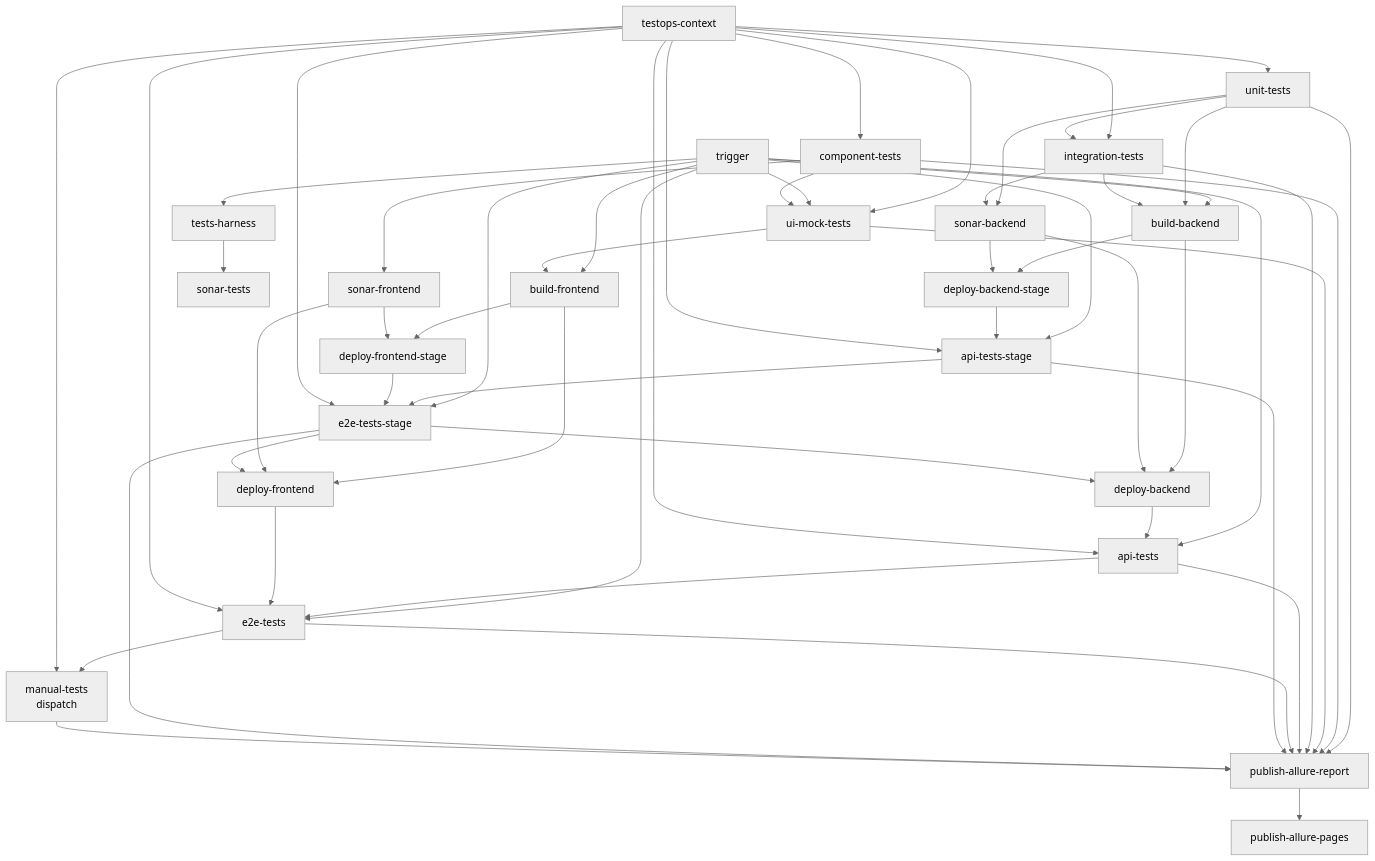
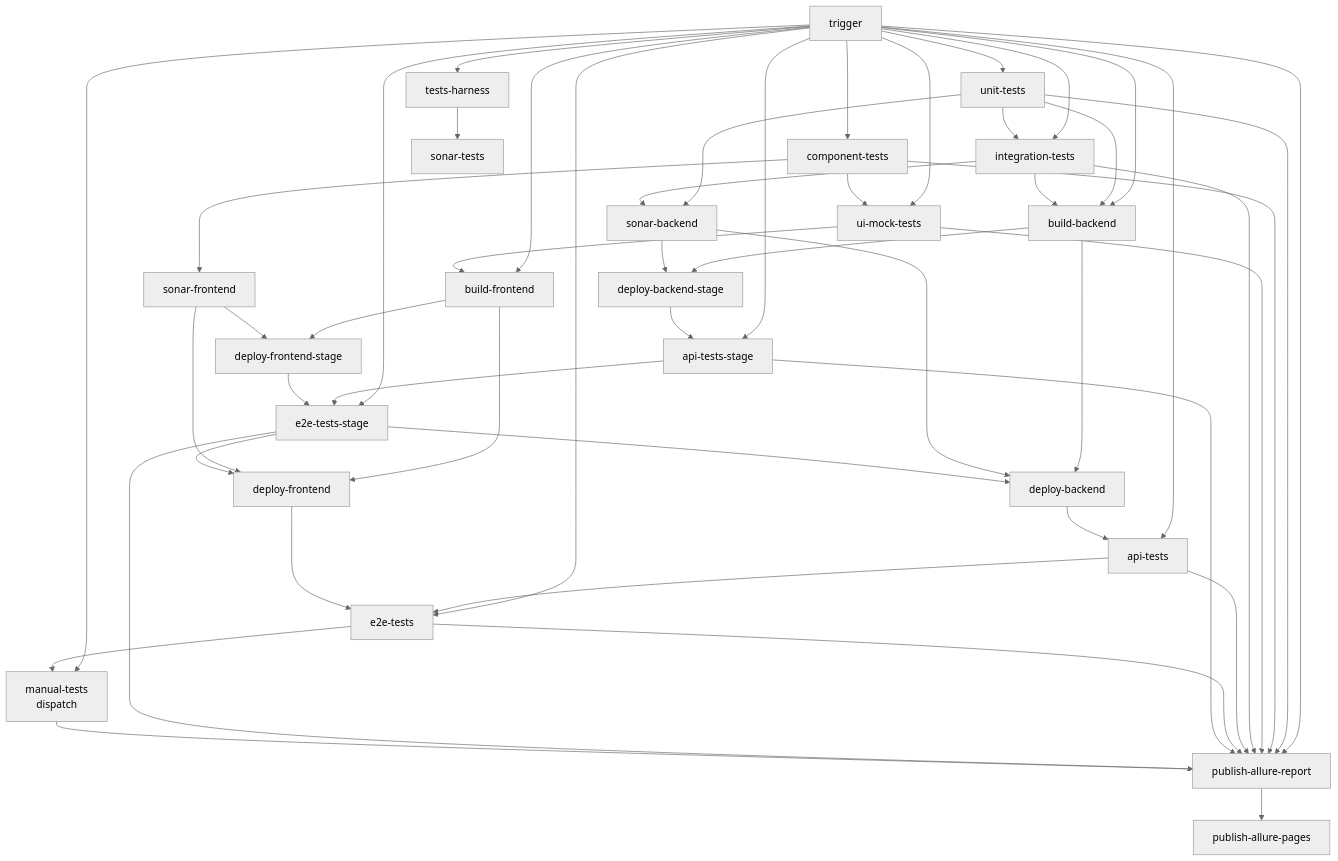
The diagram in README.md (autotests-ai/autotests-ai-multistack-app), drawn with Mermaid (neutral theme) before and after one commit. The commit also changed other lines of this file and 2 other files, not shown here.

Commit message:
Hide TestOps from the CI graph by folding it into trigger.
GitHub always draws every job; merging the shared job-run into trigger
lets unit-tests and component-tests hang off the same root as the lane flags.

````diff
--- a/README.md
+++ b/README.md
@@ -77,61 +77,55 @@
 ```mermaid
 flowchart TB
   TRG[trigger]
-  TOC[testops-context]
 
-  TOC --> UNIT[unit-tests]
-  TOC --> COMP[component-tests]
+  TRG --> UNIT[unit-tests]
+  TRG --> COMP[component-tests]
   TRG --> H[tests-harness]
-  TOC --> MOCK[ui-mock-tests]
-  TOC --> INT[integration-tests]
-
-  TRG --> MOCK
+  TRG --> MOCK[ui-mock-tests]
+  TRG --> INT[integration-tests]
   TRG --> BB
   TRG --> BF
   TRG --> API
   TRG --> E2E
   TRG --> APIS
   TRG --> E2ES
+  TRG --> MAN
+  TRG --> PUB
 
   UNIT --> INT
   UNIT --> SB[sonar-backend]
   INT --> SB
   COMP --> SF[sonar-frontend]
   COMP --> MOCK
   H --> ST[sonar-tests]
 
   UNIT --> BB[build-backend]
   INT --> BB
   MOCK --> BF[build-frontend]
 
   BB --> DB[deploy-backend]
   SB --> DB
   BB --> DBS[deploy-backend-stage]
   SB --> DBS
 
   BF --> DF[deploy-frontend]
   SF --> DF
   BF --> DFS[deploy-frontend-stage]
   SF --> DFS
 
   DB --> API[api-tests]
-  TOC --> API
 
   API --> E2E[e2e-tests]
   DF --> E2E
-  TOC --> E2E
 
   DBS --> APIS[api-tests-stage]
-  TOC --> APIS
   APIS --> E2ES[e2e-tests-stage]
   DFS --> E2ES
-  TOC --> E2ES
   E2ES --> DB
   E2ES --> DF
 
   E2E --> MAN[manual-tests<br/>dispatch]
-  TOC --> MAN
 
   UNIT & COMP & MOCK & INT & API & E2E & APIS & E2ES & MAN --> PUB[publish-allure-report]
   PUB --> PAGES[publish-allure-pages]
 ```
````
